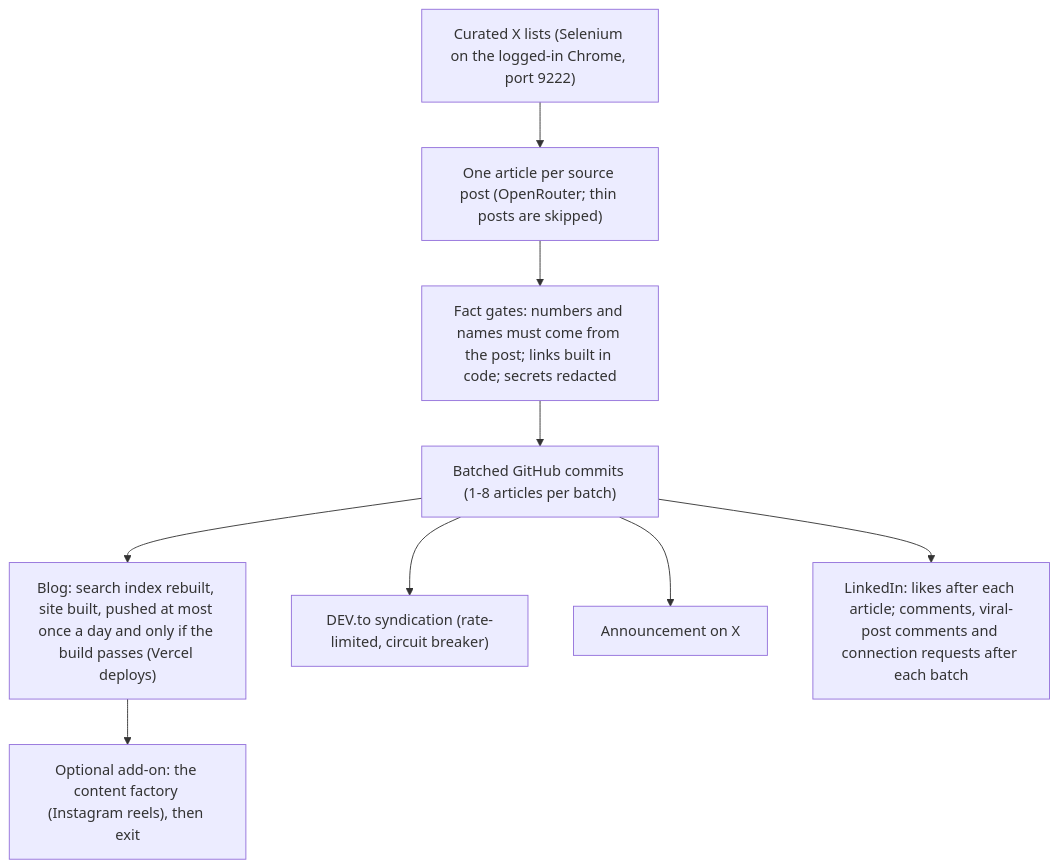
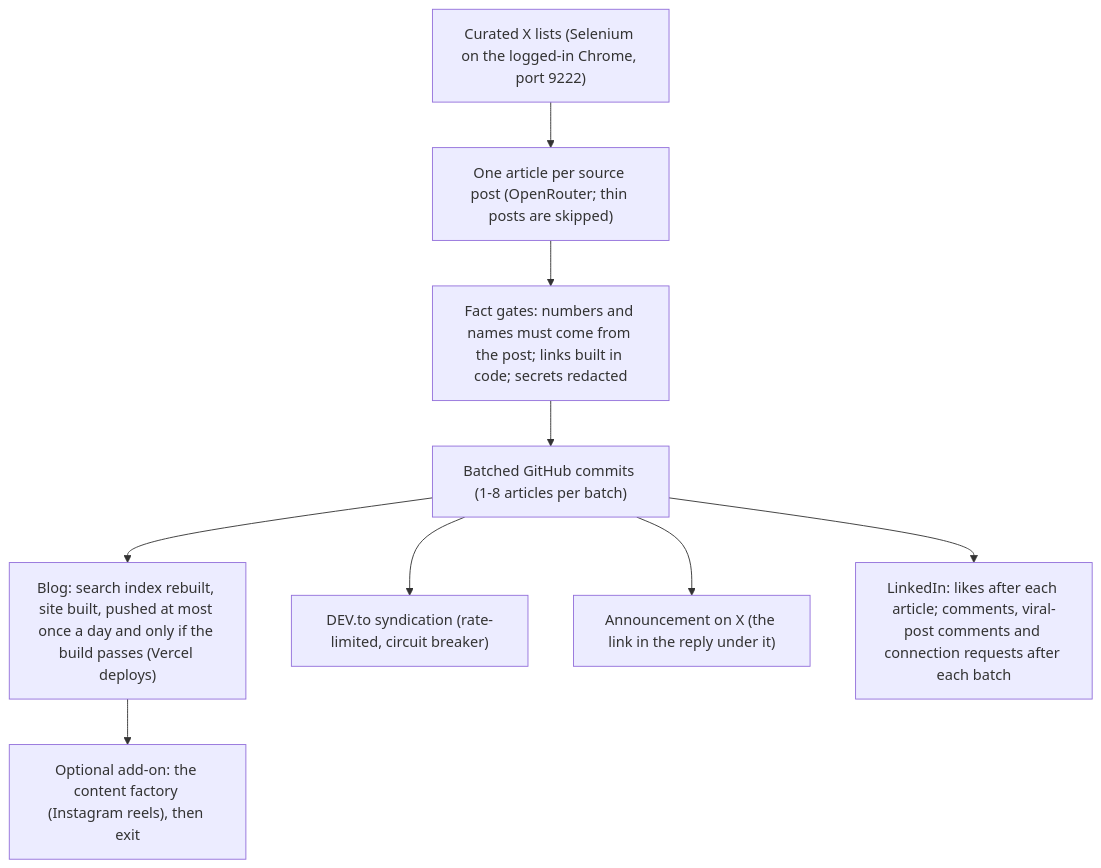
Before and after one commit to Drix10/ai-resources-pipeline: the diagram in README.md, drawn with Mermaid. The commit also changed 5 other files, not shown here.

First line of the commit message:
X announcements: the link goes in the reply under the post

````diff
--- a/README.md
+++ b/README.md
@@ -14,11 +14,11 @@
 ```mermaid
 flowchart TD
     A["Curated X lists (Selenium on the logged-in Chrome, port 9222)"] --> B["One article per source post (OpenRouter; thin posts are skipped)"]
     B --> C["Fact gates: numbers and names must come from the post; links built in code; secrets redacted"]
     C --> D["Batched GitHub commits (1-8 articles per batch)"]
     D --> E["Blog: search index rebuilt, site built, pushed at most once a day and only if the build passes (Vercel deploys)"]
     D --> F["DEV.to syndication (rate-limited, circuit breaker)"]
-    D --> G["Announcement on X"]
+    D --> G["Announcement on X (the link in the reply under it)"]
     D --> H["LinkedIn: likes after each article; comments, viral-post comments and connection requests after each batch"]
     E --> I["Optional add-on: the content factory (Instagram reels), then exit"]
 ```
````
